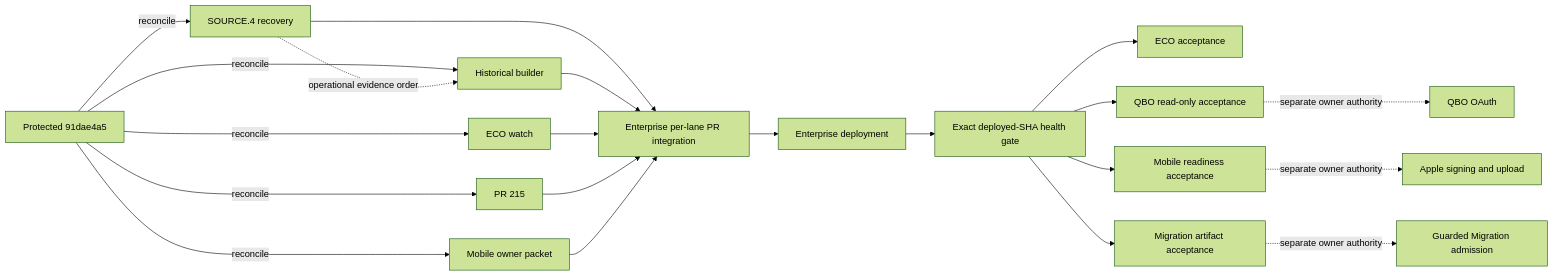
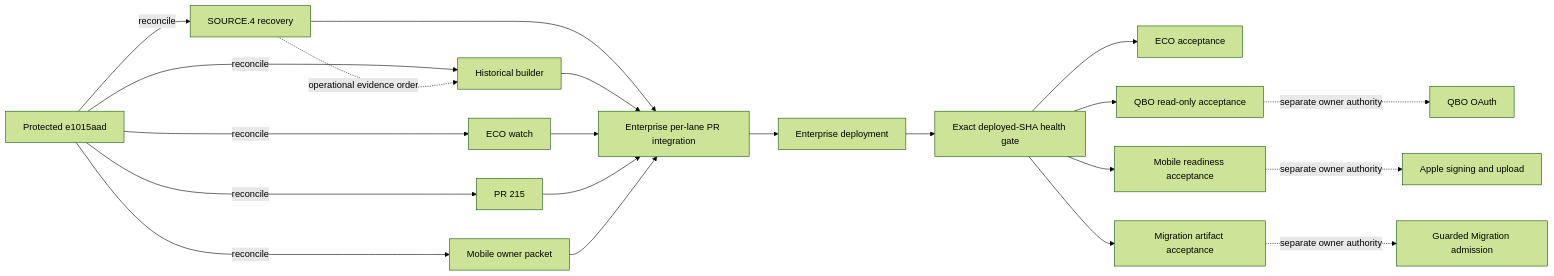
Before and after one commit to ACPEnterprise/ACP-Enterprise: the diagram in docs/operations/launch-20260911/om1-enterprise-integration-queue-current.md, drawn with Mermaid (forest theme). The commit also changed other lines of this file, not shown here.

````diff
--- a/docs/operations/launch-20260911/om1-enterprise-integration-queue-current.md
+++ b/docs/operations/launch-20260911/om1-enterprise-integration-queue-current.md
@@ -84,23 +97,23 @@
 ```mermaid
 flowchart LR
-    A[Protected 91dae4a5] -->|reconcile| R[SOURCE.4 recovery]
+    A[Protected e1015aad] -->|reconcile| R[SOURCE.4 recovery]
     A -->|reconcile| B[Historical builder]
     A -->|reconcile| E[ECO watch]
     A -->|reconcile| P[PR 215]
     A -->|reconcile| M[Mobile owner packet]
     R -.->|operational evidence order| B
     R --> I[Enterprise per-lane PR integration]
     B --> I
     E --> I
     P --> I
     M --> I
     I --> D[Enterprise deployment]
     D --> H[Exact deployed-SHA health gate]
     H --> EA[ECO acceptance]
     H --> QA[QBO read-only acceptance]
     H --> MA[Mobile readiness acceptance]
     H --> XA[Migration artifact acceptance]
     XA -.->|separate owner authority| MG[Guarded Migration admission]
     QA -.->|separate owner authority| QG[QBO OAuth]
     MA -.->|separate owner authority| AG[Apple signing and upload]
 ```
````
